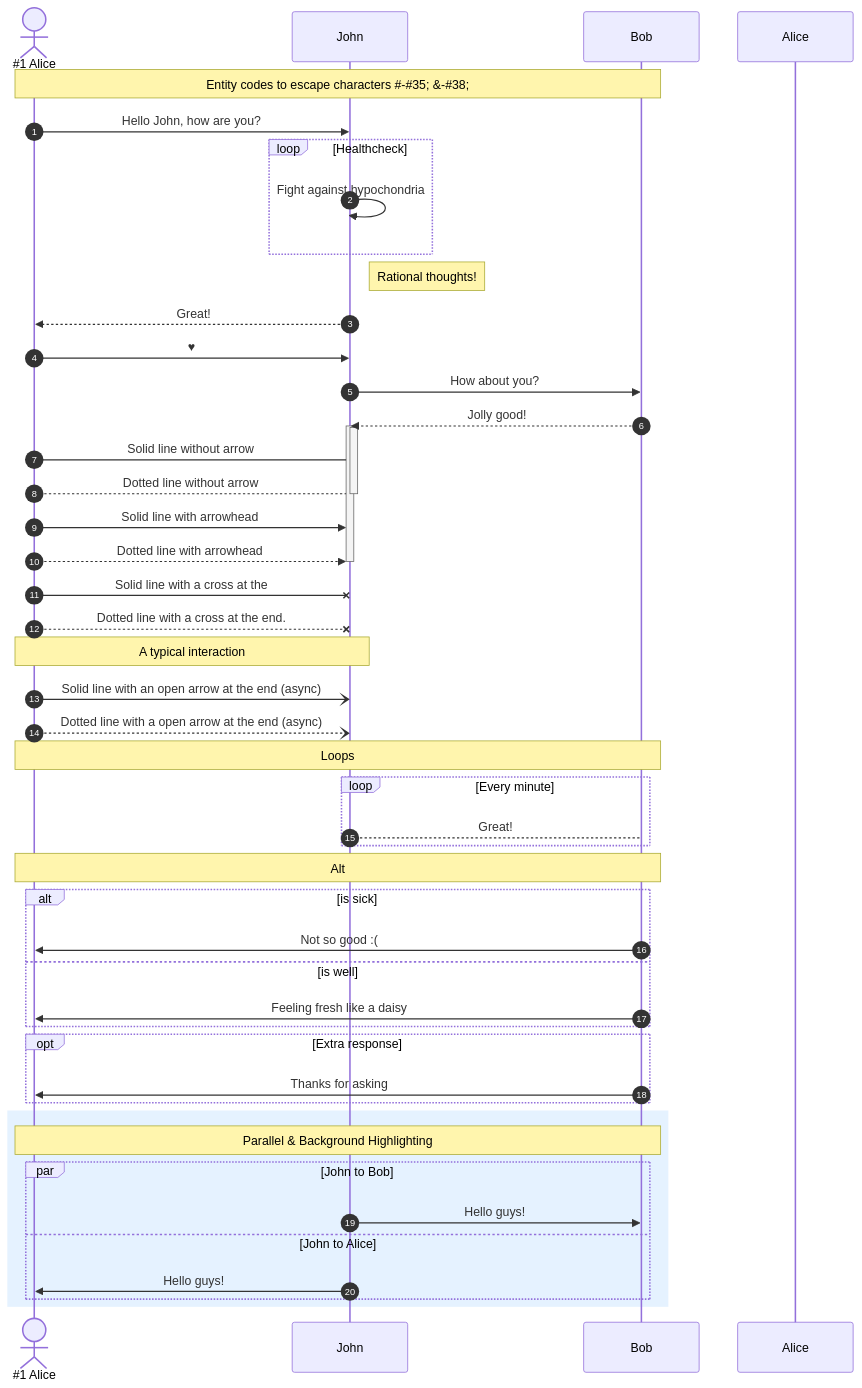
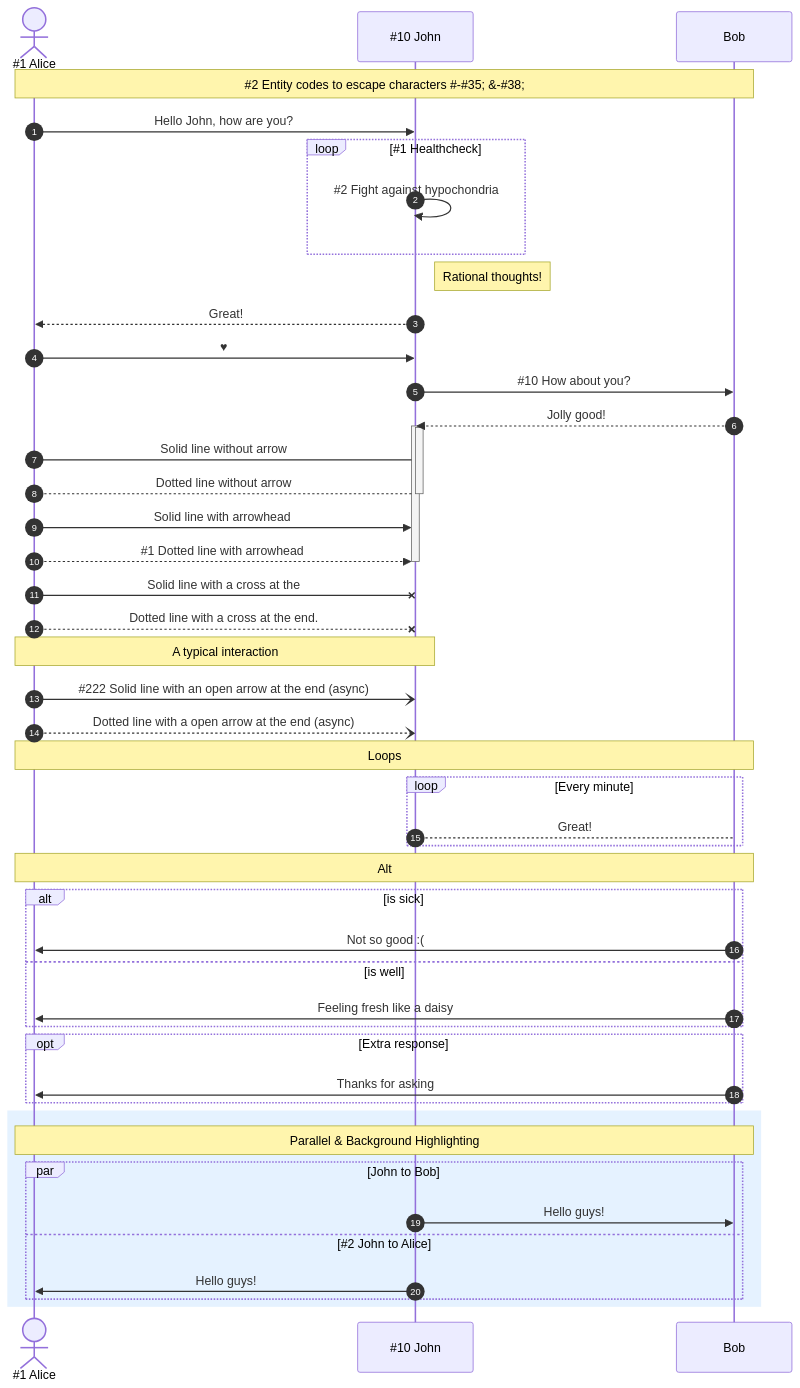
The sixth of 6 diagrams in flowcharts/README-template.md (sd-godaddy/sandbox), drawn with Mermaid before and after one commit. The commit also changed 2 other files, not shown here.

Commit message:
anchors support improvements

````diff
--- a/flowcharts/README-template.md
+++ b/flowcharts/README-template.md
@@ -122,58 +122,58 @@
 ```mermaid
 sequenceDiagram
     autonumber
     actor A as #35;1 Alice
-    participant J as John
+    participant J as #35;10 John
     participant B as Bob
-    link Alice: Dashboard @ https://dashboard.contoso.com/alice
-Note over A,B: Entity codes to escape characters #35;-#35;35#59; #38;-#35;38#59;
+Note over A,B: #35;2 Entity codes to escape characters #35;-#35;35#59; #38;-#35;38#59;
 
 A->>J: Hello John, how are you?
-loop Healthcheck
-    J->>J: Fight against hypochondria
+loop #35;1 Healthcheck
+    J->>J: #35;2 Fight against hypochondria
 end
 Note right of J: Rational thoughts!
 J-->>A: Great!
 A->>J: #9829;
-J->>B: How about you?
+J->>B: #35;10 How about you?
 B-->>J: Jolly good!
 %% this is a comment
 activate J
 activate J
 A->J: Solid line without arrow
 A-->J: Dotted line without arrow
 deactivate J
 A->>J: Solid line with arrowhead
-A-->>J: Dotted line with arrowhead
+A-->>J: #35;1 Dotted line with arrowhead
 deactivate J
 A-xJ: Solid line with a cross at the
 A--xJ: Dotted line with a cross at the end.
 Note over J,A: A typical interaction
-A-)J: Solid line with an open arrow at the end (async)
+A-)J: #35;222 Solid line with an open arrow at the end (async)
 A--)J: Dotted line with a open arrow at the end (async)
 
 Note over A,B: Loops
   loop Every minute
       J-->B: Great!
   end
 
 Note over A,B: Alt
   alt is sick
       B->>A: Not so good :(
   else is well
       B->>A: Feeling fresh like a daisy
   end
 
   opt Extra response
       B->>A: Thanks for asking
   end
 
 rect rgb(191, 223, 255, 0.4)
 Note over A,B: Parallel #38; Background Highlighting
     par John to Bob
         J->>B: Hello guys!
-    and John to Alice
+    and #35;2 John to Alice
         J->>A: Hello guys!
     end
 end
+
 ```
````
